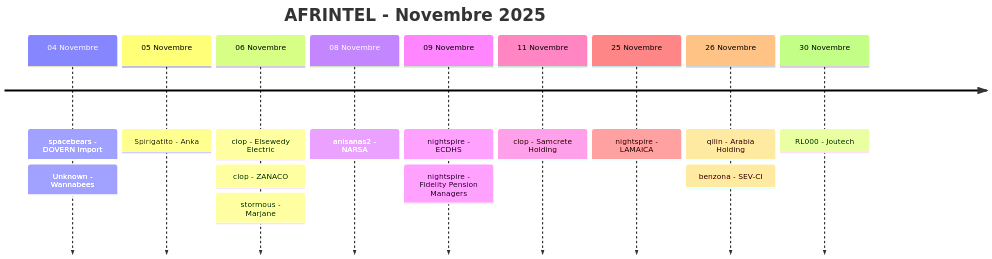
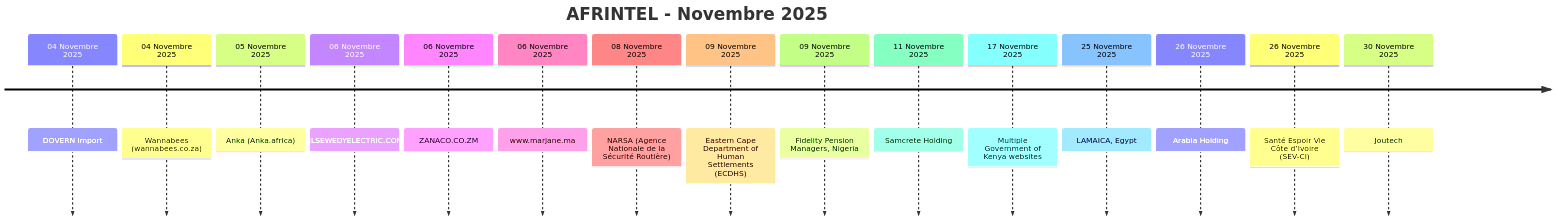
The second of 2 diagrams in CyberAttackAfrica/2025/11-november/README_FR.md (Hatchepsoute/AFRINTEL), drawn with Mermaid before and after one commit. The commit also changed other lines of this file and 73 other files, not shown here.

````diff
--- a/CyberAttackAfrica/2025/11-november/README_FR.md
+++ b/CyberAttackAfrica/2025/11-november/README_FR.md
@@ -204,18 +160,19 @@
 ```mermaid
 timeline
     title AFRINTEL - Novembre 2025
-    04 Novembre : spacebears - DOVERN Import
-                 : Unknown - Wannabees
-    05 Novembre : Spirigatito - Anka
-    06 Novembre : clop - Elsewedy Electric
-                 : clop - ZANACO
-                 : stormous - Marjane
-    08 Novembre : anisanas2 - NARSA
-    09 Novembre : nightspire - ECDHS
-                 : nightspire - Fidelity Pension Managers
-    11 Novembre : clop - Samcrete Holding
-    25 Novembre : nightspire - LAMAICA
-    26 Novembre : qilin - Arabia Holding
-                 : benzona - SEV-CI
-    30 Novembre : RL000 - Joutech
+    04 Novembre 2025 : DOVERN Import
+    04 Novembre 2025 : Wannabees (wannabees.co.za)
+    05 Novembre 2025 : Anka (Anka.africa)
+    06 Novembre 2025 : ELSEWEDYELECTRIC.COM
+    06 Novembre 2025 : ZANACO.CO.ZM
+    06 Novembre 2025 : www.marjane.ma
+    08 Novembre 2025 : NARSA (Agence Nationale de la Sécurité Routière)
+    09 Novembre 2025 : Eastern Cape Department of Human Settlements (ECDHS)
+    09 Novembre 2025 : Fidelity Pension Managers, Nigeria
+    11 Novembre 2025 : Samcrete Holding
+    17 Novembre 2025 : Multiple Government of Kenya websites
+    25 Novembre 2025 : LAMAICA, Egypt
+    26 Novembre 2025 : Arabia Holding
+    26 Novembre 2025 : Santé Espoir Vie Côte d’Ivoire (SEV-CI)
+    30 Novembre 2025 : Joutech
 ```
````
